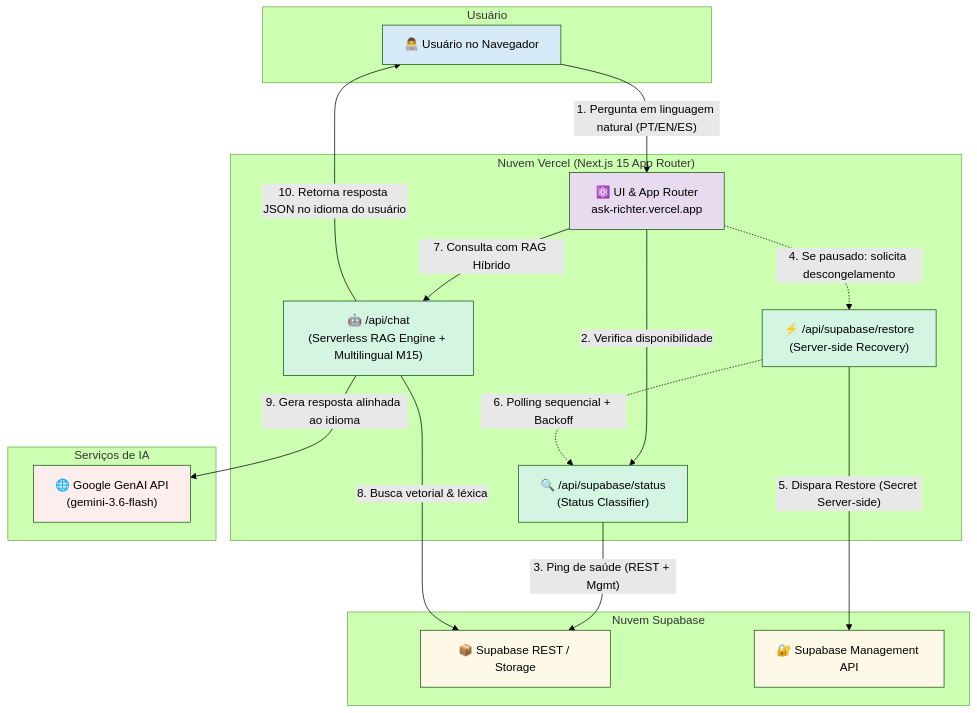
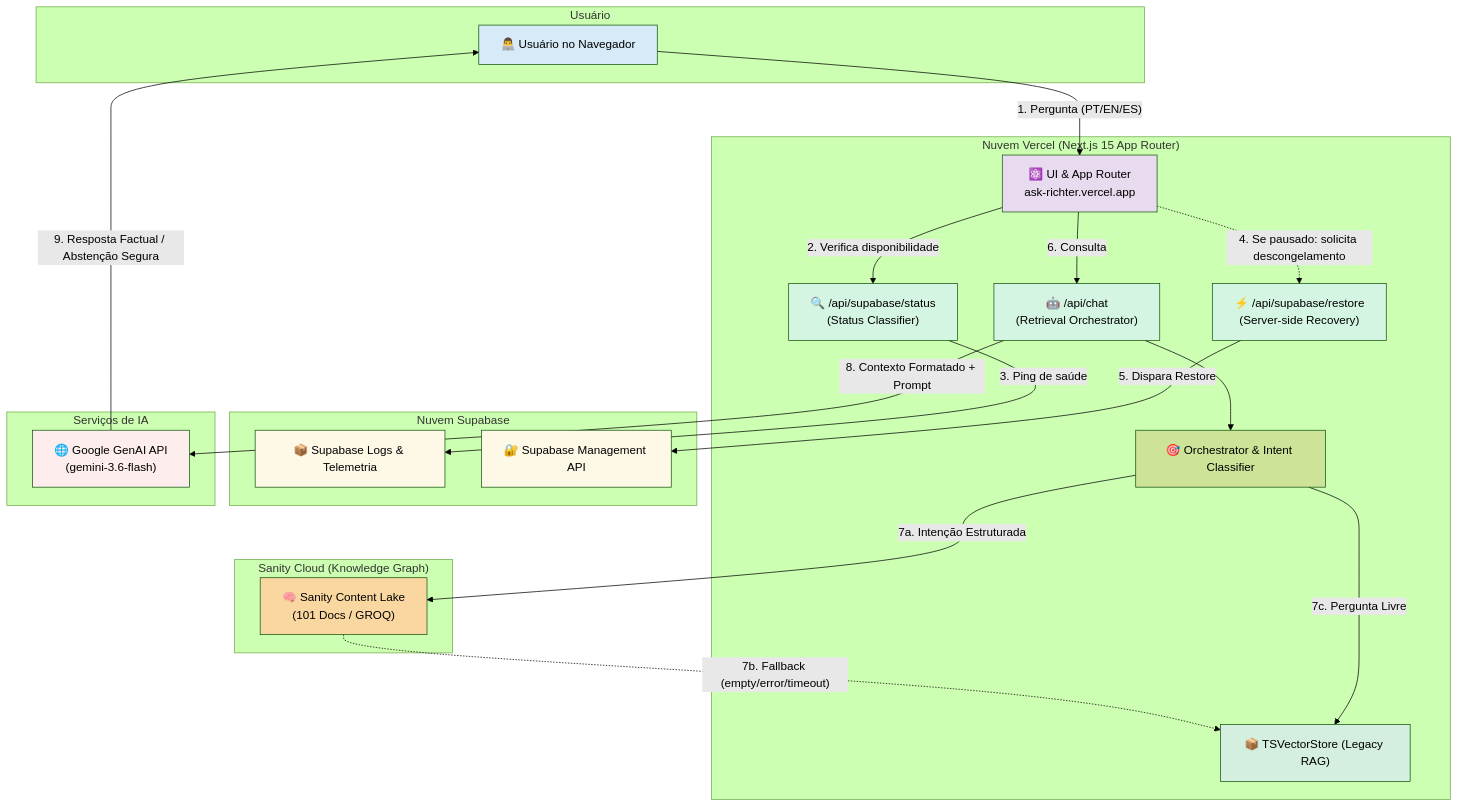
The diagram in README.md (lfrichter/ask-richter), drawn with Mermaid (forest theme) before and after one commit. The commit also changed other lines of this file and 2 other files, not shown here.

Commit message:
docs: update README, app context, and architecture for Sanity Content Lake and M1/M2 milestones
- Update README with Sanity Content Lake and Structured Retrieval features and Mermaid architecture
- Document completion of M1 Foundation (101 docs) and M2 Structured Retrieval (104 tests) in app_context.md
- Update docs/architect.md component taxonomy with apps/studio and RetrievalOrchestrator

````diff
--- a/README.md
+++ b/README.md
@@ -121,44 +122,56 @@
 ```mermaid
 graph TD
     subgraph "Usuário"
         User["👨‍💻 Usuário no Navegador"]
     end
 
     subgraph "Nuvem Vercel (Next.js 15 App Router)"
         Frontend["⚛️ UI & App Router<br>ask-richter.vercel.app"]
         StatusApi["🔍 /api/supabase/status<br>(Status Classifier)"]
         RestoreApi["⚡ /api/supabase/restore<br>(Server-side Recovery)"]
-        ChatApi["🤖 /api/chat<br>(Serverless RAG Engine + Multilingual M15)"]
+        ChatApi["🤖 /api/chat<br>(Retrieval Orchestrator)"]
+        Orchestrator["🎯 Orchestrator & Intent Classifier"]
+        TSVec["📦 TSVectorStore (Legacy RAG)"]
+    end
+
+    subgraph "Sanity Cloud (Knowledge Graph)"
+        SanityLake["🧠 Sanity Content Lake<br>(101 Docs / GROQ)"]
     end
 
     subgraph "Nuvem Supabase"
-        SupabaseREST["📦 Supabase REST / Storage"]
+        SupabaseREST["📦 Supabase Logs & Telemetria"]
         SupabaseMgmt["🔐 Supabase Management API"]
     end
 
     subgraph "Serviços de IA"
         GeminiAPI["🌐 Google GenAI API<br>(gemini-3.6-flash)"]
     end
 
-    User -- "1. Pergunta em linguagem natural (PT/EN/ES)" --> Frontend
+    User -- "1. Pergunta (PT/EN/ES)" --> Frontend
     Frontend -- "2. Verifica disponibilidade" --> StatusApi
-    StatusApi -- "3. Ping de saúde (REST + Mgmt)" --> SupabaseREST
+    StatusApi -- "3. Ping de saúde" --> SupabaseREST
 
     Frontend -. "4. Se pausado: solicita descongelamento" .-> RestoreApi
-    RestoreApi -- "5. Dispara Restore (Secret Server-side)" --> SupabaseMgmt
-    RestoreApi -. "6. Polling sequencial + Backoff" .-> StatusApi
+    RestoreApi -- "5. Dispara Restore" --> SupabaseMgmt
 
-    Frontend -- "7. Consulta com RAG Híbrido" --> ChatApi
-    ChatApi -- "8. Busca vetorial & léxica" --> SupabaseREST
-    ChatApi -- "9. Gera resposta alinhada ao idioma" --> GeminiAPI
-    ChatApi -- "10. Retorna resposta JSON no idioma do usuário" --> User
+    Frontend -- "6. Consulta" --> ChatApi
+    ChatApi --> Orchestrator
+
+    Orchestrator -- "7a. Intenção Estruturada" --> SanityLake
+    SanityLake -. "7b. Fallback (empty/error/timeout)" .-> TSVec
+    Orchestrator -- "7c. Pergunta Livre" --> TSVec
+
+    ChatApi -- "8. Contexto Formatado + Prompt" --> GeminiAPI
+    GeminiAPI -- "9. Resposta Factual / Abstenção Segura" --> User
 
     style User fill:#D6EAF8
     style Frontend fill:#E8DAEF
     style StatusApi fill:#D5F5E3
     style RestoreApi fill:#D5F5E3
     style ChatApi fill:#D5F5E3
+    style SanityLake fill:#FAD7A0
+    style TSVec fill:#D4EFDF
     style SupabaseREST fill:#FEF9E7
     style SupabaseMgmt fill:#FEF9E7
     style GeminiAPI fill:#FDEDEC
 ```
````
